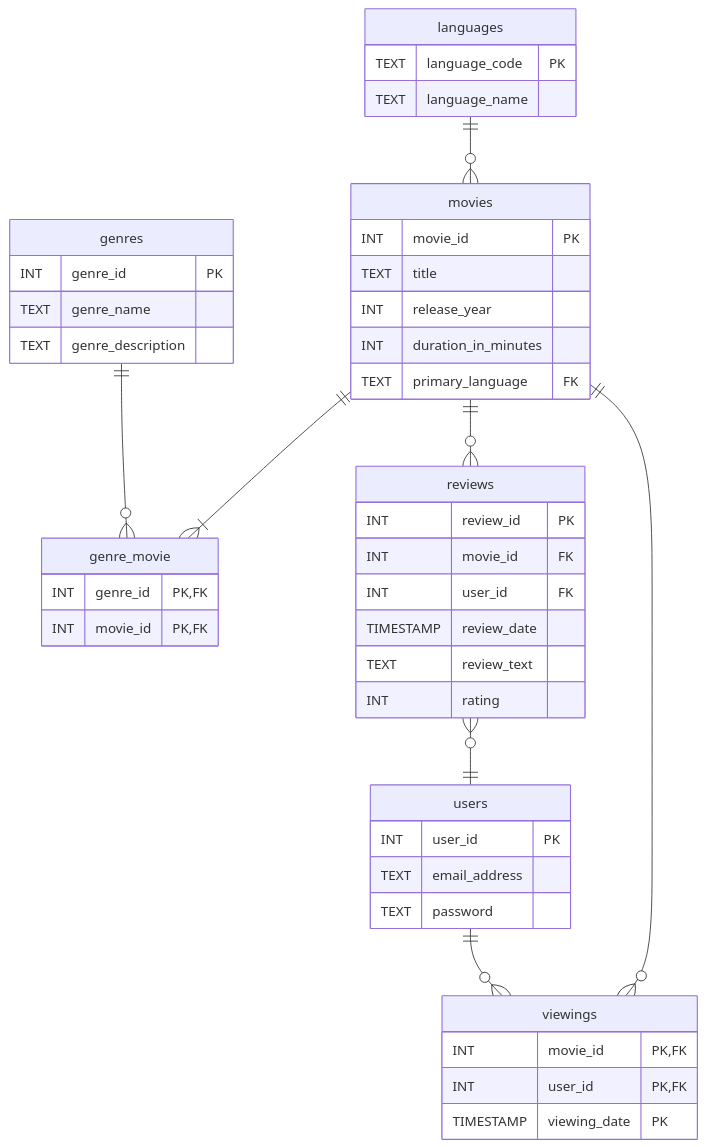
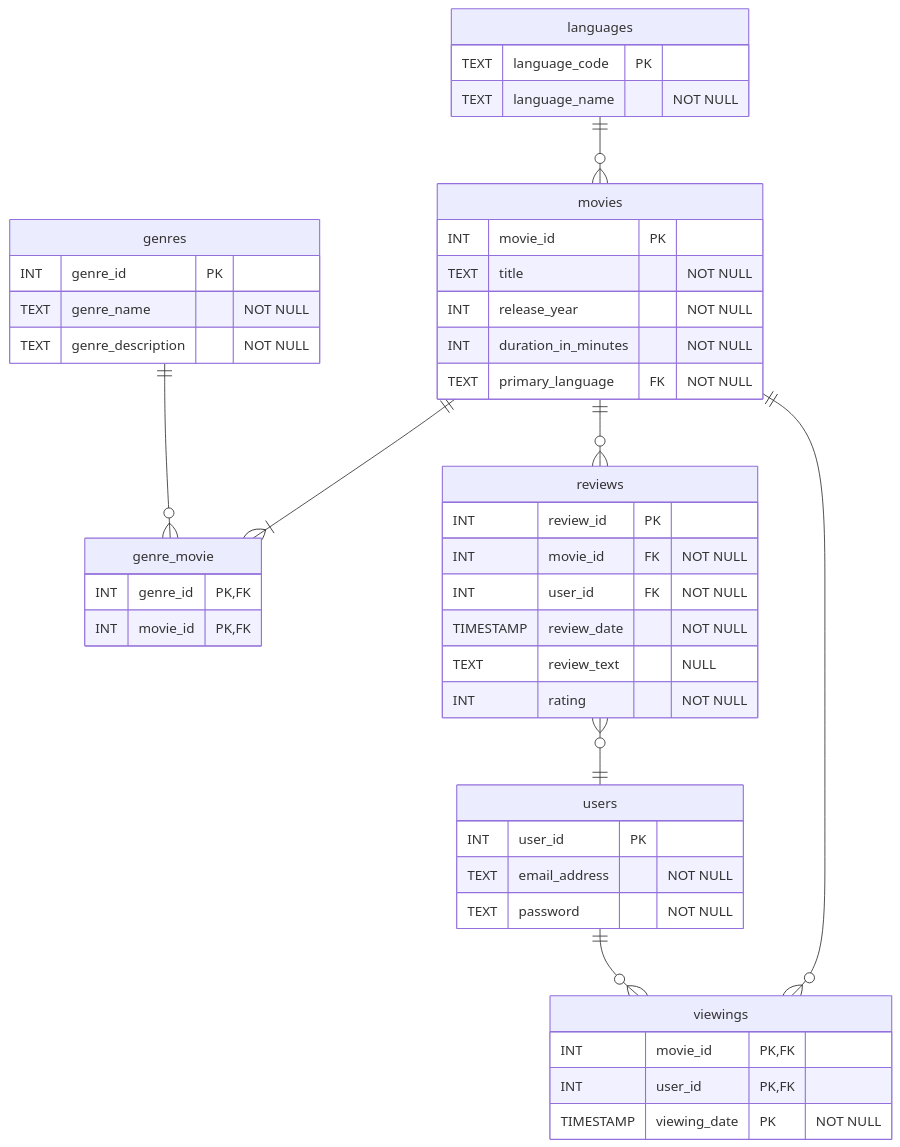
Before and after one commit to mmantle-hud/githubpages: the second of 2 diagrams in module_4_database_design/4.2_database_design_techniques/4.2.4_revisiting_my_movie_diary.md, drawn with Mermaid. The commit also changed other lines of this file and 6 other files, not shown here.

````diff
--- a/module_4_database_design/4.2_database_design_techniques/4.2.4_revisiting_my_movie_diary.md
+++ b/module_4_database_design/4.2_database_design_techniques/4.2.4_revisiting_my_movie_diary.md
@@ -54,49 +60,49 @@
 ```mermaid
 erDiagram
     languages ||--o{ movies : ""
     movies ||--|{ genre_movie : ""
     movies ||--o{ viewings : ""
     movies ||--o{ reviews : ""
     genres ||--o{ genre_movie : ""
     reviews }o--|| users : ""
     users ||--o{ viewings : ""
 
     users {
         INT user_id PK
-        TEXT email_address
-        TEXT password
+        TEXT email_address  "NOT NULL"
+        TEXT password  "NOT NULL"
     }
     viewings{
         INT movie_id PK, FK
         INT user_id PK, FK
-        TIMESTAMP viewing_date PK
+        TIMESTAMP viewing_date PK   "NOT NULL"
     }
     movies {
         INT movie_id PK
-        TEXT title
-        INT release_year
-        INT duration_in_minutes
-        TEXT primary_language FK
+        TEXT title   "NOT NULL"
+        INT release_year   "NOT NULL"
+        INT duration_in_minutes   "NOT NULL"
+        TEXT primary_language FK   "NOT NULL"
     }
     languages{
         TEXT language_code PK
-        TEXT language_name
+        TEXT language_name   "NOT NULL"
     }
     reviews {
         INT review_id PK
-        INT movie_id FK
-        INT user_id FK
-        TIMESTAMP review_date
-        TEXT review_text
-        INT rating
+        INT movie_id FK   "NOT NULL"
+        INT user_id FK   "NOT NULL"
+        TIMESTAMP review_date   "NOT NULL"
+        TEXT review_text   "NULL"
+        INT rating   "NOT NULL"
     }
     genre_movie{
         INT genre_id PK, FK
         INT movie_id PK, FK
     }
     genres{
         INT genre_id PK
-        TEXT genre_name
-        TEXT genre_description
+        TEXT genre_name   "NOT NULL"
+        TEXT genre_description   "NOT NULL"
     }
 ```
````
